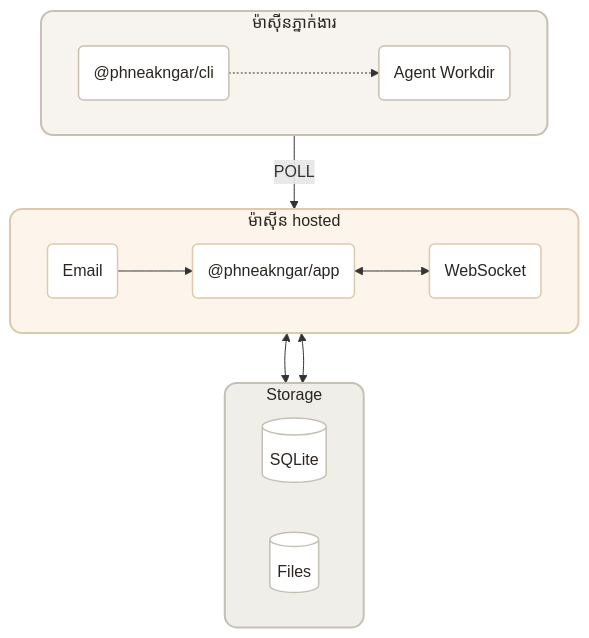
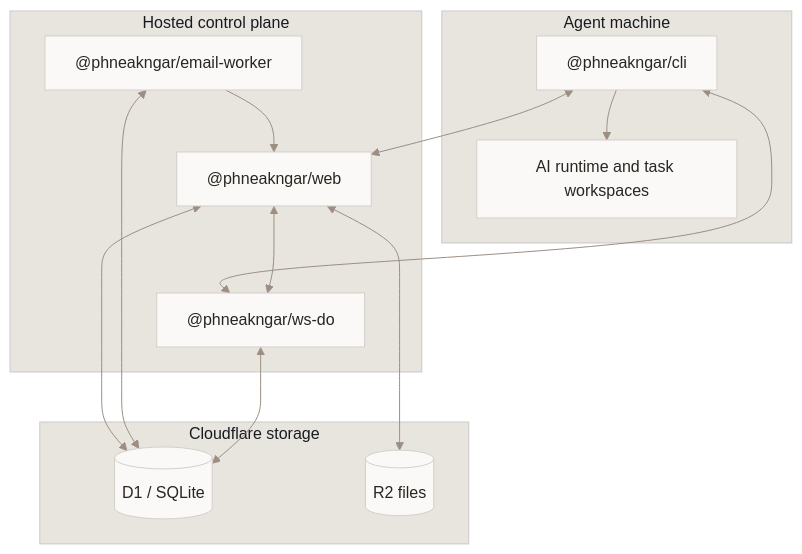
One commit to silence-guy/phneakngar changed the diagram in README.md. Above: the diagram before and after it, drawn with Mermaid. The commit also changed other lines of this file and 201 other files, not shown here.

````diff
--- a/README.md
+++ b/README.md
@@ -171,47 +129,36 @@
 ```mermaid
 %%{init: {'theme': 'base', 'themeVariables': {
   'primaryColor': '#FAF9F7',
   'primaryBorderColor': '#D4CFC9',
   'primaryTextColor': '#2A2520',
   'lineColor': '#9C8E82',
   'secondaryColor': '#F0EDE8',
-  'tertiaryColor': '#E8E4DE',
+  'tertiaryColor': '#E8E4DE'
 }}}%%
-
 flowchart TB
-    subgraph client["  ម៉ាស៊ីនភ្នាក់ងារ  "]
-        CLI("@phneakngar/cli")
-        RT("Agent Workdir")
+    subgraph client["Agent machine"]
+        CLI["@phneakngar/cli"]
+        RT["AI runtime and task workspaces"]
     end
 
-    subgraph cloud["  ម៉ាស៊ីន hosted  "]
-        WEB("@phneakngar/app")
-        EML("Email")
-        WSK("WebSocket")
+    subgraph cloud["Hosted control plane"]
+        WEB["@phneakngar/web"]
+        EML["@phneakngar/email-worker"]
+        WSK["@phneakngar/ws-do"]
     end
 
-    subgraph store["  Storage  "]
-        direction LR
-        D1[("SQLite  ")]
-        R2[("Files  ")]
+    subgraph store["Cloudflare storage"]
+        D1[("D1 / SQLite")]
+        R2[("R2 files")]
     end
 
-    client -- "POLL" --> cloud
-    CLI -..-> RT
+    CLI --> RT
+    CLI <--> WEB
+    CLI <--> WSK
     EML --> WEB
     WEB <--> WSK
-    cloud <--> D1
-    cloud <--> R2
-
-    style client fill:#F7F3EE,stroke:#C9BFB3,stroke-width:2px,color:#2A2520,rx:12,ry:12
-    style cloud fill:#FDF5EC,stroke:#DFC9AD,stroke-width:2px,color:#2A2520,rx:12,ry:12
-    style store fill:#F0EEE9,stroke:#C4C0B5,stroke-width:2px,color:#2A2520,rx:12,ry:12
-
-    style CLI fill:#fff,stroke:#C9BFB3,stroke-width:1.5px,color:#2A2520
-    style RT fill:#fff,stroke:#C9BFB3,stroke-width:1.5px,color:#2A2520
-    style WEB fill:#fff,stroke:#DFC9AD,stroke-width:1.5px,color:#2A2520
-    style EML fill:#fff,stroke:#DFC9AD,stroke-width:1.5px,color:#2A2520
-    style WSK fill:#fff,stroke:#DFC9AD,stroke-width:1.5px,color:#2A2520
-    style D1 fill:#fff,stroke:#C4C0B5,stroke-width:1.5px,color:#2A2520
-    style R2 fill:#fff,stroke:#C4C0B5,stroke-width:1.5px,color:#2A2520
+    WEB <--> D1
+    WEB <--> R2
+    EML <--> D1
+    WSK <--> D1
 ```
````
